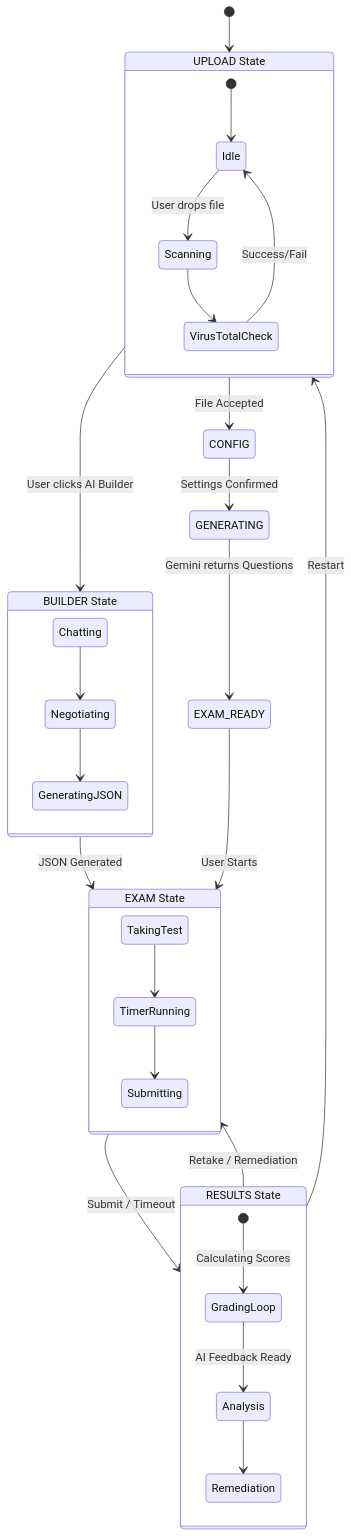
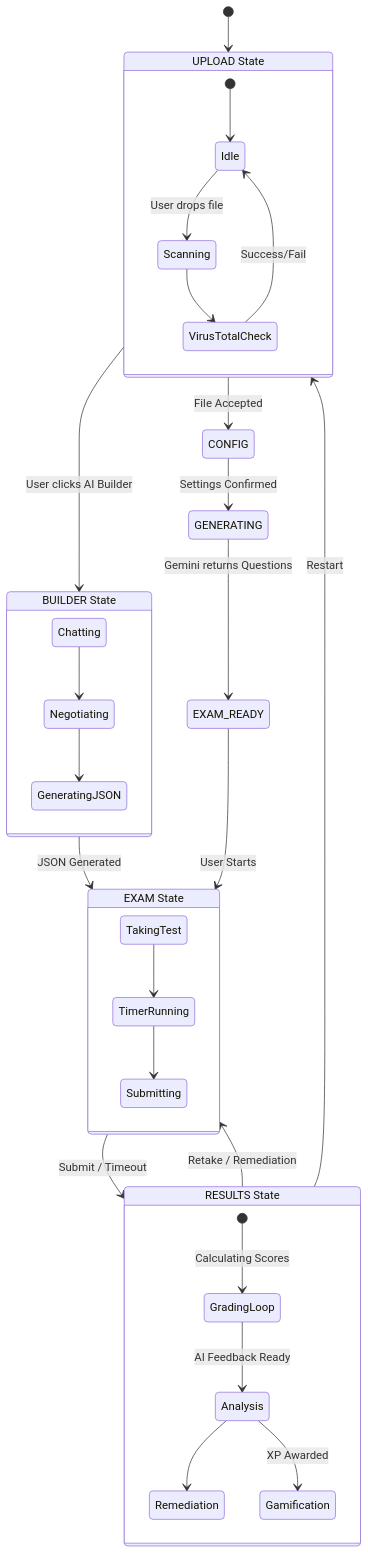
One commit to IbDX/QuizGen changed the diagram in technical_readme/01_architecture_stack.md. Above: the diagram before and after it, drawn with Mermaid. The commit also changed other lines of this file and 2 other files, not shown here.

First line of the commit message:
feat: Introduce gamification and diagnostics dashboard

````diff
--- a/technical_readme/01_architecture_stack.md
+++ b/technical_readme/01_architecture_stack.md
@@ -44,40 +48,41 @@
 ```mermaid
 stateDiagram-v2
     [*] --> UPLOAD
     
     state "UPLOAD State" as UPLOAD {
         [*] --> Idle
         Idle --> Scanning : User drops file
         Scanning --> VirusTotalCheck
         VirusTotalCheck --> Idle : Success/Fail
     }
 
     UPLOAD --> CONFIG : File Accepted
     UPLOAD --> BUILDER : User clicks AI Builder
 
     state "BUILDER State" as BUILDER {
         Chatting --> Negotiating
         Negotiating --> GeneratingJSON
     }
     BUILDER --> EXAM : JSON Generated
 
     CONFIG --> GENERATING : Settings Confirmed
     GENERATING --> EXAM_READY : Gemini returns Questions
     EXAM_READY --> EXAM : User Starts
 
     state "EXAM State" as EXAM {
         TakingTest --> TimerRunning
         TimerRunning --> Submitting
     }
 
     EXAM --> RESULTS : Submit / Timeout
     
     state "RESULTS State" as RESULTS {
         [*] --> GradingLoop : Calculating Scores
         GradingLoop --> Analysis : AI Feedback Ready
         Analysis --> Remediation
+        Analysis --> Gamification : XP Awarded
     }
 
     RESULTS --> EXAM : Retake / Remediation
     RESULTS --> UPLOAD : Restart
 ```
````
